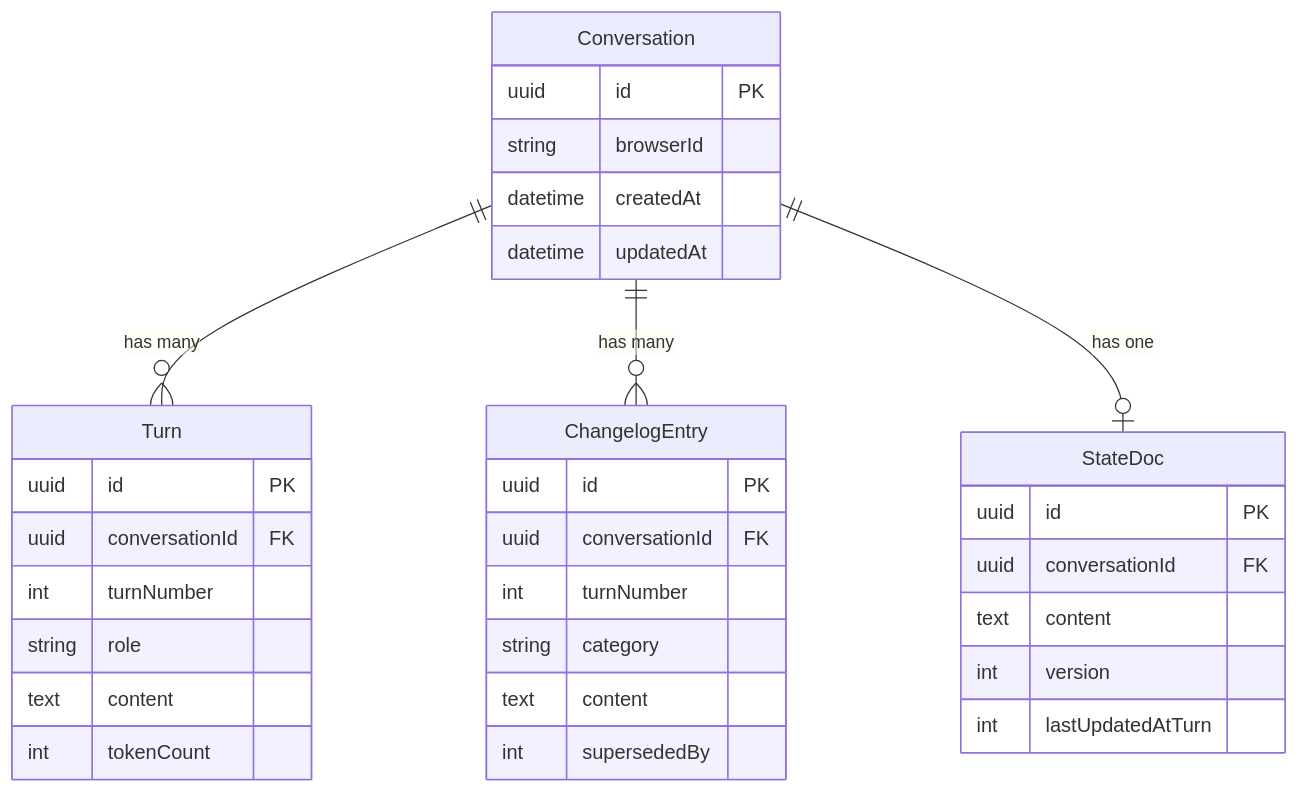
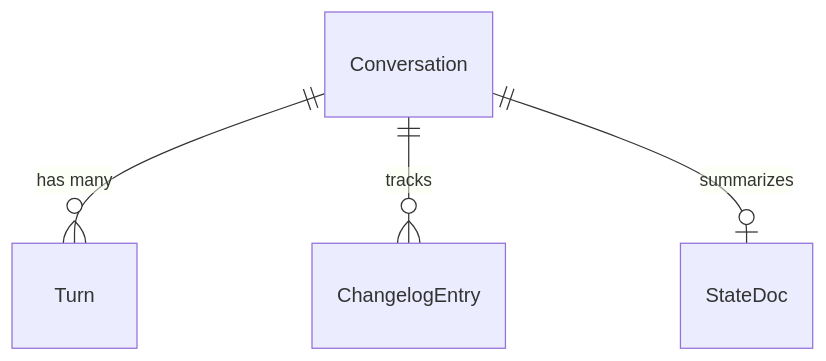
Before and after one commit to 0xteamCookie/Lethus: the second of 2 diagrams in README.md, drawn with Mermaid. The commit also changed other lines of this file, not shown here.

````diff
--- a/README.md
+++ b/README.md
@@ -295,39 +334,6 @@
 ```mermaid
 erDiagram
     Conversation ||--o{ Turn : "has many"
-    Conversation ||--o{ ChangelogEntry : "has many"
-    Conversation ||--o| StateDoc : "has one"
-
-    Conversation {
-        uuid id PK
-        string browserId
-        datetime createdAt
-        datetime updatedAt
-    }
-
-    Turn {
-        uuid id PK
-        uuid conversationId FK
-        int turnNumber
-        string role
-        text content
-        int tokenCount
-    }
-
-    ChangelogEntry {
-        uuid id PK
-        uuid conversationId FK
-        int turnNumber
-        string category
-        text content
-        int supersededBy
-    }
-
-    StateDoc {
-        uuid id PK
-        uuid conversationId FK
-        text content
-        int version
-        int lastUpdatedAtTurn
-    }
+    Conversation ||--o{ ChangelogEntry : "tracks"
+    Conversation ||--o| StateDoc : "summarizes"
 ```
````
